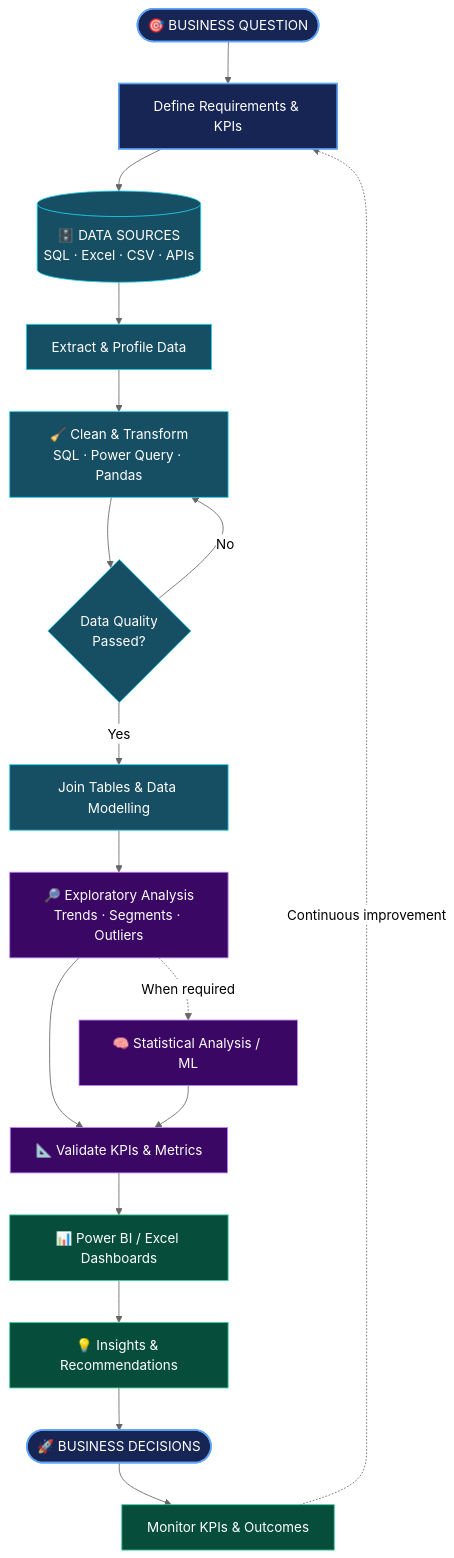
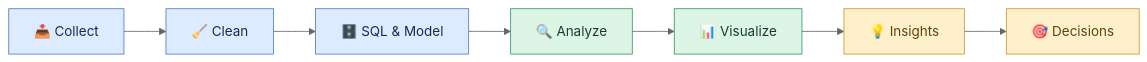
One commit to Patty-09/Patty-09 changed the diagram in README.md. Above: the diagram before and after it, drawn with Mermaid (neutral theme). The commit also changed other lines of this file, not shown here.

````diff
--- a/README.md
+++ b/README.md
@@ -71,29 +38,17 @@
 ```mermaid
-flowchart TD
-    A(["🎯 BUSINESS QUESTION"]) --> B["Define Requirements & KPIs"]
-    B --> C[("🗄️ DATA SOURCES<br/>SQL · Excel · CSV · APIs")]
-    C --> D["Extract & Profile Data"]
-    D --> E["🧹 Clean & Transform<br/>SQL · Power Query · Pandas"]
-    E --> F{"Data Quality<br/>Passed?"}
-    F -- "No" --> E
-    F -- "Yes" --> G["Join Tables & Data Modelling"]
-    G --> H["🔎 Exploratory Analysis<br/>Trends · Segments · Outliers"]
-    H --> I["📐 Validate KPIs & Metrics"]
-    H -. "When required" .-> J["🧠 Statistical Analysis / ML"]
-    J --> I
-    I --> K["📊 Power BI / Excel Dashboards"]
-    K --> L["💡 Insights & Recommendations"]
-    L --> M(["🚀 BUSINESS DECISIONS"])
-    M --> N["Monitor KPIs & Outcomes"]
-    N -. "Continuous improvement" .-> B
+flowchart LR
+    A["📥 Collect"] --> B["🧹 Clean"]
+    B --> C["🗄️ SQL & Model"]
+    C --> D["🔍 Analyze"]
+    D --> E["📊 Visualize"]
+    E --> F["💡 Insights"]
+    F --> G["🎯 Decisions"]
 
-    classDef business fill:#172554,stroke:#60A5FA,color:#FFFFFF,stroke-width:2px
-    classDef data fill:#164E63,stroke:#22D3EE,color:#FFFFFF
-    classDef analysis fill:#3B0764,stroke:#C084FC,color:#FFFFFF
-    classDef outcome fill:#064E3B,stroke:#34D399,color:#FFFFFF
-
-    class A,B,M business
-    class C,D,E,F,G data
-    class H,I,J analysis
-    class K,L,N outcome
+    style A fill:#DCEBFF,stroke:#4F81BD,color:#172B4D
+    style B fill:#DCEBFF,stroke:#4F81BD,color:#172B4D
+    style C fill:#DCEBFF,stroke:#4F81BD,color:#172B4D
+    style D fill:#DDF5E5,stroke:#39966B,color:#173D2A
+    style E fill:#DDF5E5,stroke:#39966B,color:#173D2A
+    style F fill:#FFF0CC,stroke:#C99A32,color:#5C4310
+    style G fill:#FFF0CC,stroke:#C99A32,color:#5C4310
 ```
````
